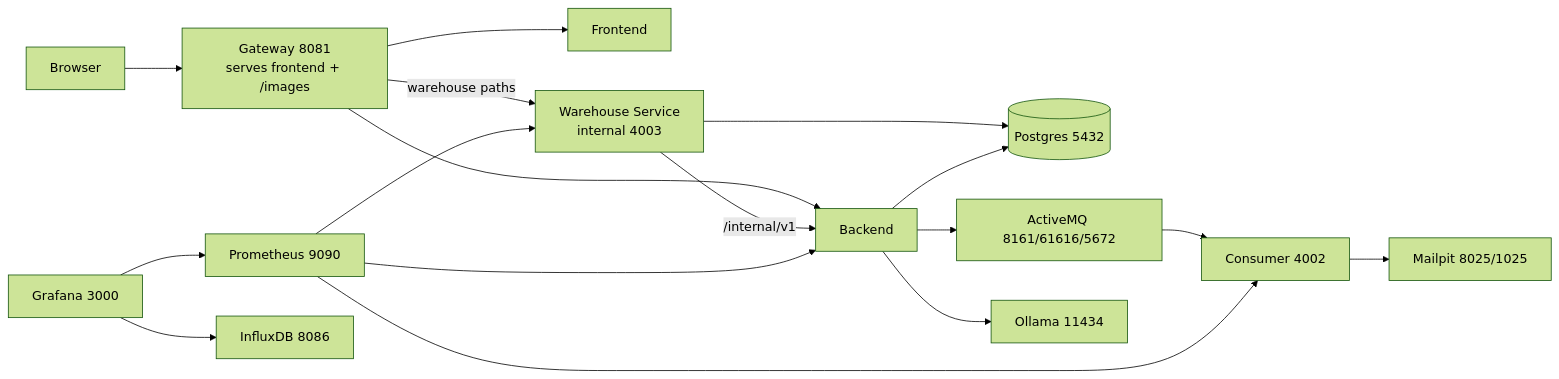
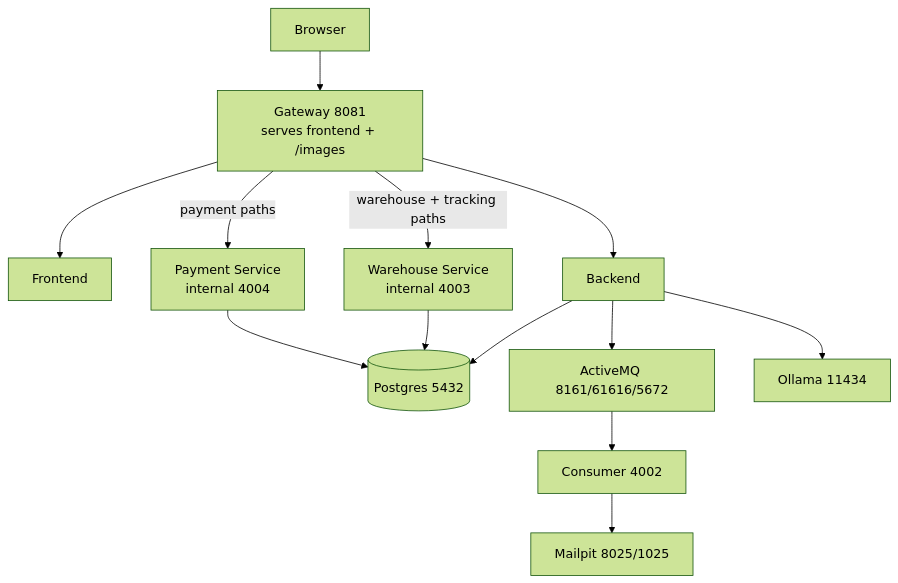
Before and after one commit to slawekradzyminski/awesome-localstack: the second of 5 diagrams in docs/PROFILE_URLS.md, drawn with Mermaid (forest theme). The commit also changed other lines of this file and 89 other files, not shown here.

First line of the commit message:
Commerce wave 3: payment-service, tracking, backend 3.15.0, frontend 3.12.0, docs wiki (#81)

````diff
--- a/docs/PROFILE_URLS.md
+++ b/docs/PROFILE_URLS.md
@@ -54,19 +62,13 @@
 ```mermaid
-flowchart LR
+flowchart TB
     U[Browser] --> G[Gateway 8081<br/>serves frontend + /images]
     G --> F[Frontend]
     G --> B[Backend]
-    G -->|warehouse paths| W[Warehouse Service<br/>internal 4003]
-    W -->|/internal/v1| B
+    G -->|warehouse + tracking paths| W[Warehouse Service<br/>internal 4003]
+    G -->|payment paths| PS[Payment Service<br/>internal 4004]
+    B --> DB[(Postgres 5432)]
     W --> DB
-    B --> DB[(Postgres 5432)]
-    B --> MQ[ActiveMQ 8161/61616/5672]
-    MQ --> C[Consumer 4002]
-    C --> M[Mailpit 8025/1025]
+    PS --> DB
+    B --> MQ[ActiveMQ 8161/61616/5672] --> C[Consumer 4002] --> M[Mailpit 8025/1025]
     B --> O[Ollama 11434]
-    P[Prometheus 9090] --> B
-    P --> C
-    P --> W
-    GR[Grafana 3000] --> P
-    GR --> I[InfluxDB 8086]
 ```
````
